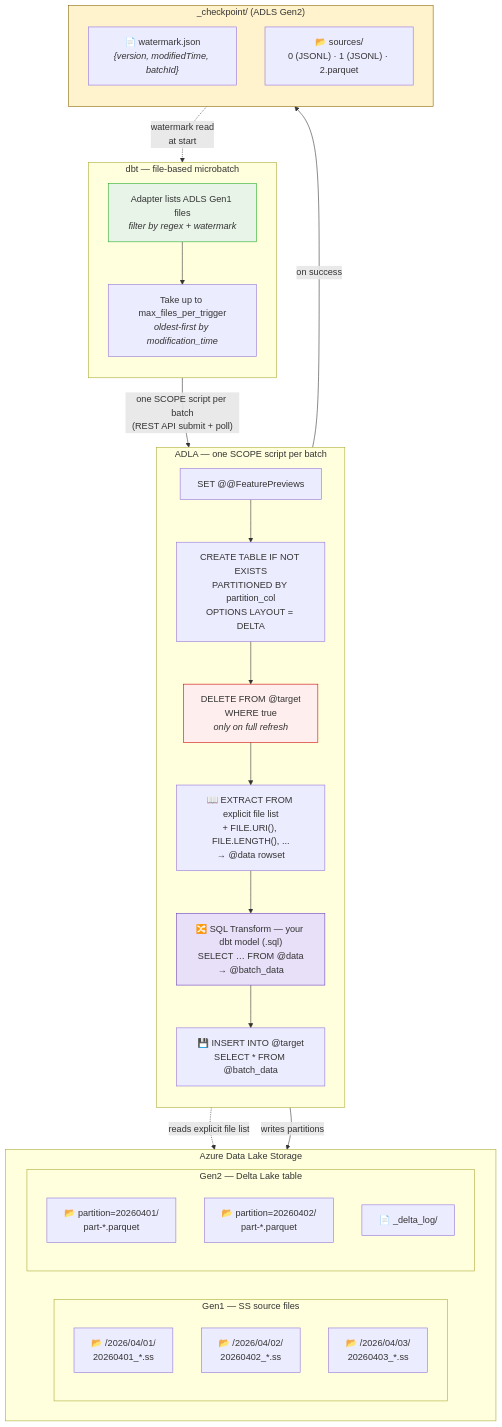
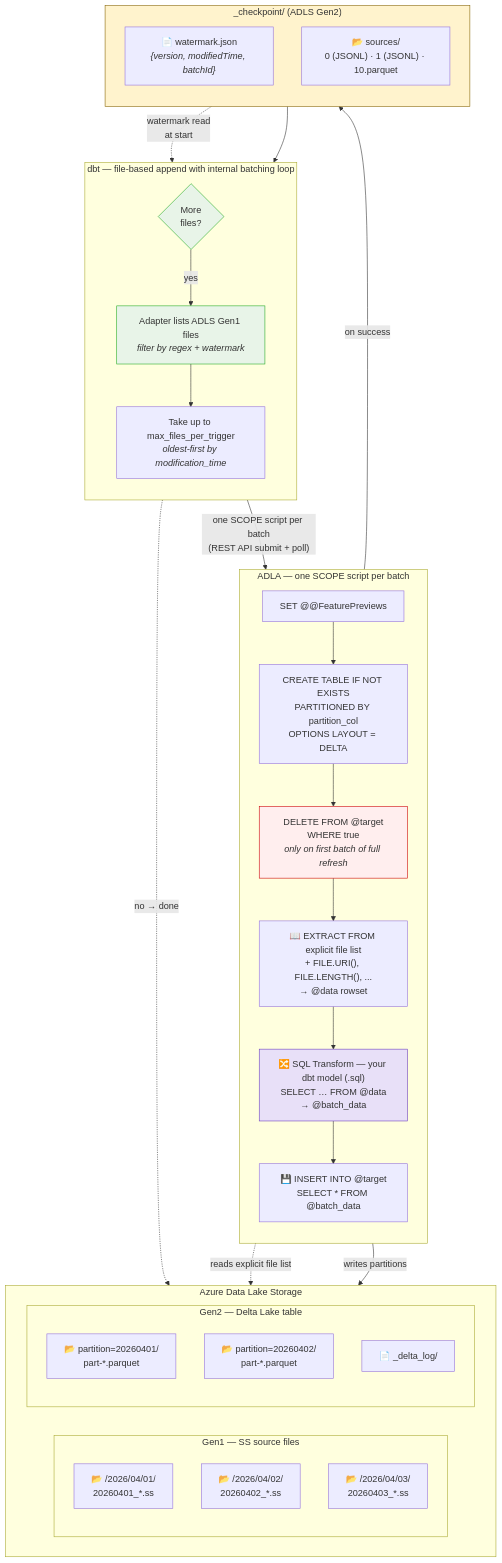
One commit to microsoft/dbt-scope changed the diagram in README.md. Above: the diagram before and after it, drawn with Mermaid. The commit also changed other lines of this file and 6 other files, not shown here.

````diff
--- a/README.md
+++ b/README.md
@@ -67,53 +67,58 @@
 ```mermaid
 flowchart TB
-    subgraph dbt["dbt — file-based microbatch"]
+    subgraph dbt["dbt — file-based append with internal batching loop"]
         direction TB
         Discover["Adapter lists ADLS Gen1 files<br/><i>filter by regex + watermark</i>"]
         Batch["Take up to max_files_per_trigger<br/><i>oldest-first by modification_time</i>"]
+        More{"More<br/>files?"}
         Discover --> Batch
     end
 
     subgraph ADLA["ADLA — one SCOPE script per batch"]
         direction TB
         S1["SET @@FeaturePreviews"]
         DDL["CREATE TABLE IF NOT EXISTS<br/>PARTITIONED BY partition_col<br/>OPTIONS LAYOUT = DELTA"]
-        DEL["DELETE FROM @target<br/>WHERE true<br/><i>only on full refresh</i>"]
+        DEL["DELETE FROM @target<br/>WHERE true<br/><i>only on first batch of full refresh</i>"]
         EXT["📖 EXTRACT FROM explicit file list<br/>+ FILE.URI(), FILE.LENGTH(), ...<br/>→ @data rowset"]
         TX["🔀 SQL Transform — your dbt model (.sql)<br/>SELECT … FROM @data<br/>→ @batch_data"]
         INS["💾 INSERT INTO @target<br/>SELECT * FROM @batch_data"]
         S1 --> DDL --> DEL --> EXT --> TX --> INS
     end
 
     subgraph Checkpoint["_checkpoint/ (ADLS Gen2)"]
         direction TB
         WM["📄 watermark.json<br/><i>{version, modifiedTime, batchId}</i>"]
-        SRC["📂 sources/<br/>0 (JSONL) · 1 (JSONL) · 2.parquet"]
+        SRC["📂 sources/<br/>0 (JSONL) · 1 (JSONL) · 10.parquet"]
     end
 
     subgraph Storage["Azure Data Lake Storage"]
         direction LR
         subgraph Sources["Gen1 — SS source files"]
             direction TB
             SS1["📂 /2026/04/01/<br/>20260401_*.ss"]
             SS2["📂 /2026/04/02/<br/>20260402_*.ss"]
             SS3["📂 /2026/04/03/<br/>20260403_*.ss"]
         end
         subgraph Target["Gen2 — Delta Lake table"]
             direction TB
             P1["📂 partition=20260401/<br/>part-*.parquet"]
             P2["📂 partition=20260402/<br/>part-*.parquet"]
             DL["📄 _delta_log/"]
         end
     end
 
     Batch -- "one SCOPE script per batch<br/>(REST API submit + poll)" --> ADLA
     EXT -. "reads explicit file list" .-> Sources
     INS -- "writes partitions" --> Target
     ADLA -- "on success" --> Checkpoint
     Checkpoint -. "watermark read<br/>at start" .-> Discover
+    Checkpoint --> More
+    More -- "yes" --> Discover
+    More -. "no → done" .-> Target
 
     style DEL fill:#fee,stroke:#c00
     style TX fill:#e8e0f8,stroke:#6a3cbc
     style Discover fill:#e8f4e8,stroke:#2a2
     style Checkpoint fill:#fff3cd,stroke:#856404
+    style More fill:#e8f4e8,stroke:#2a2
 ```
````
